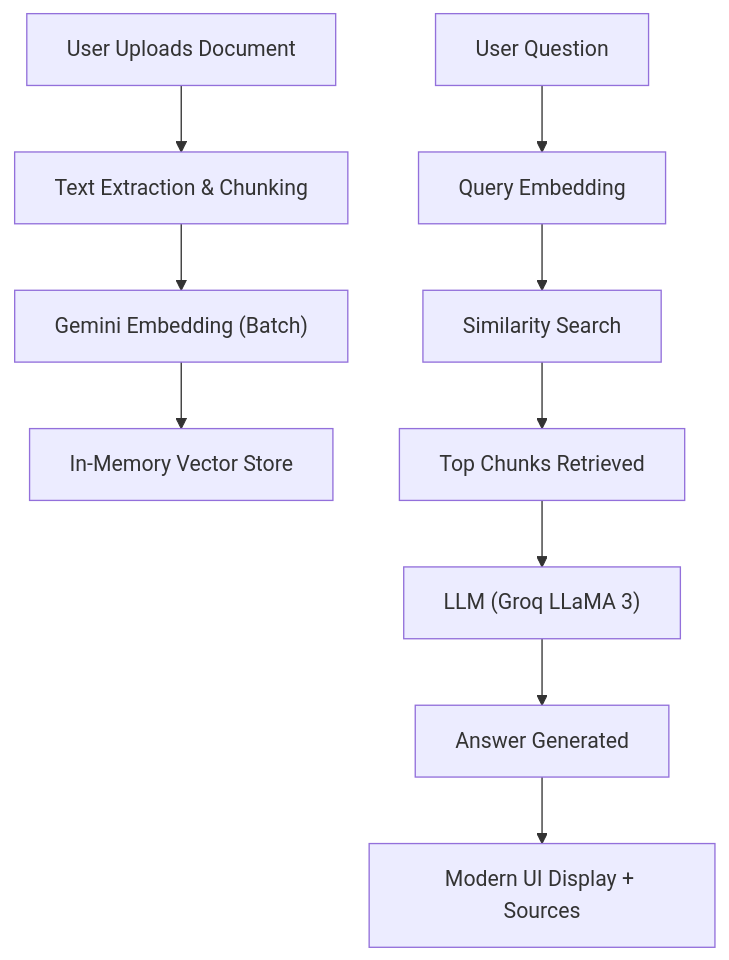
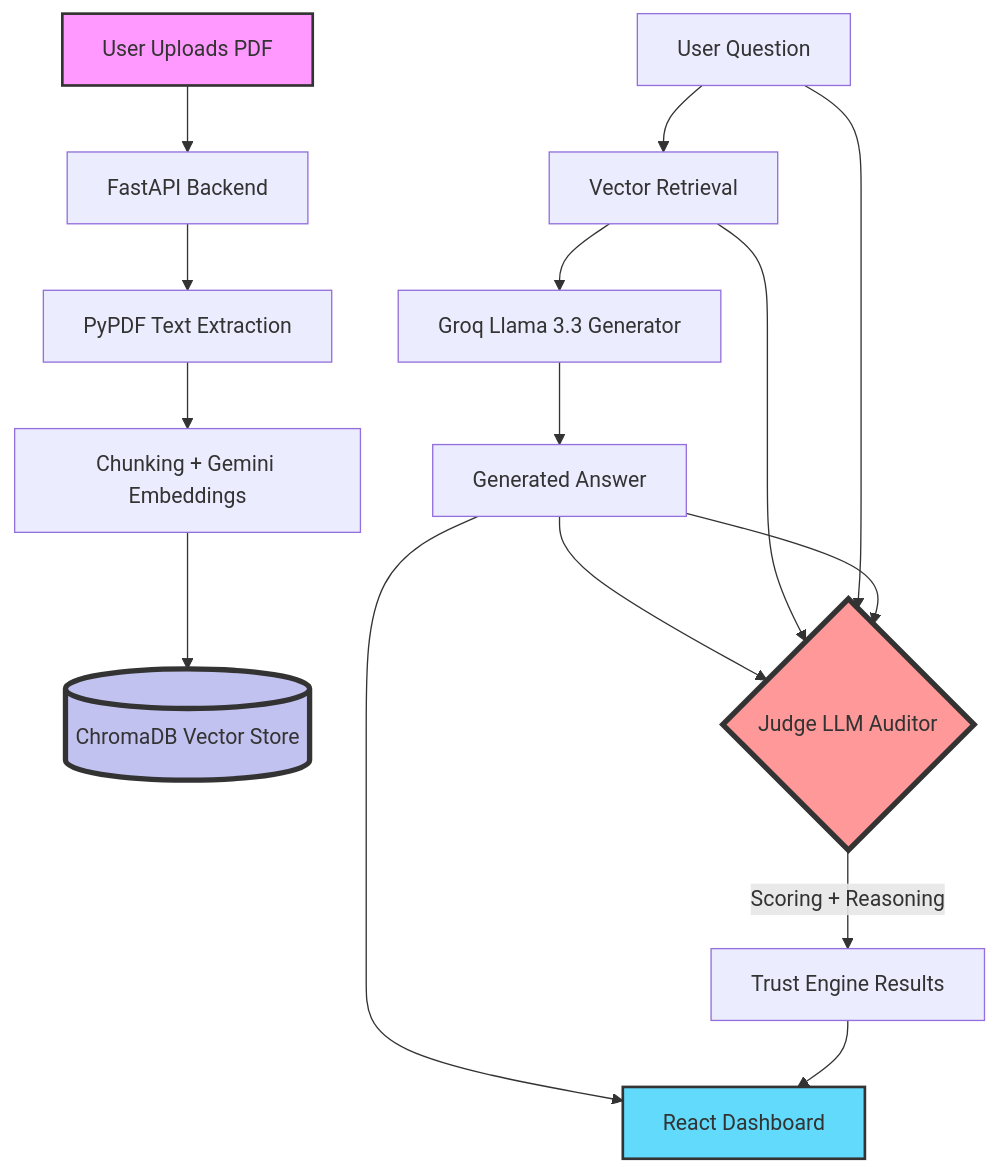
The diagram in README.md (Aftab0904/Q-and-A-Bot), drawn with Mermaid before and after one commit. The commit also changed other lines of this file and 21 other files, not shown here.

Commit message:
advanced refactor: integrated real-time llm evaluation and react 19 dashboard

````diff
--- a/README.md
+++ b/README.md
@@ -56,16 +35,22 @@
 ```mermaid
-flowchart TD
-
-    A[User Uploads Document] --> B[Text Extraction & Chunking]
-    B --> C["Gemini Embedding (Batch)"]
-    C --> D[In-Memory Vector Store]
-
-    E[User Question] --> F[Query Embedding]
-    F --> G[Similarity Search]
-    G --> H[Top Chunks Retrieved]
-
-    H --> I["LLM (Groq LLaMA 3)"]
-    I --> J[Answer Generated]
-
-    J --> K[Modern UI Display + Sources]
+graph TD
+    A[User Uploads PDF] --> B[FastAPI Backend]
+    B --> C[PyPDF Text Extraction]
+    C --> D[Chunking + Gemini Embeddings]
+    D --> E[(ChromaDB Vector Store)]
+    
+    F[User Question] --> G[Vector Retrieval]
+    G --> H[Groq Llama 3.3 Generator]
+    H --> I[Generated Answer]
+    
+    I --> J{Judge LLM Auditor}
+    G & F & I --> J
+    J -- Scoring + Reasoning --> K[Trust Engine Results]
+    
+    I & K --> L[React Dashboard]
+    
+    style A fill:#f9f,stroke:#333,stroke-width:2px
+    style E fill:#c2c2f0,stroke:#333,stroke-width:4px
+    style J fill:#ff9999,stroke:#333,stroke-width:4px
+    style L fill:#61DAFB,stroke:#333,stroke-width:2px
 ```
````
